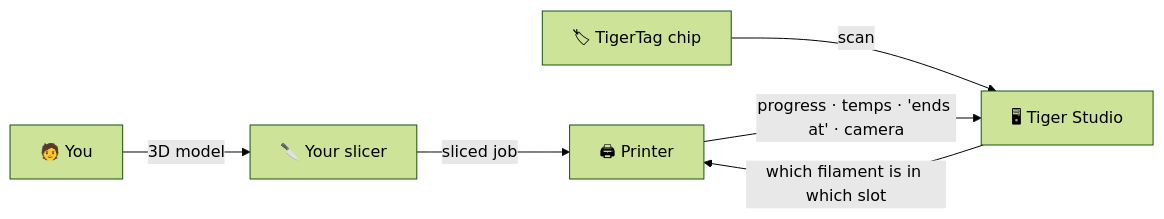
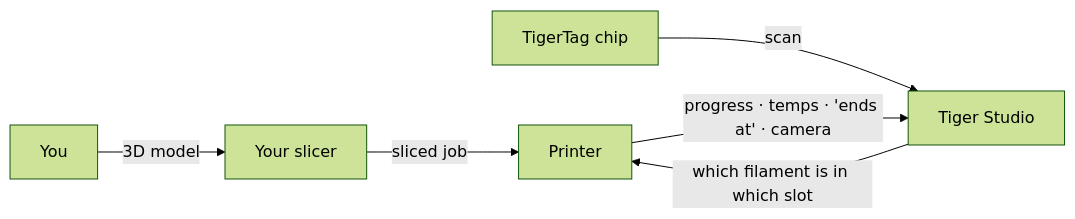
One commit to TigerTag-Project/TigerSystem-Docs changed the second of 2 diagrams in docs/architecture/data-flow.md. Above: the diagram before and after it, drawn with Mermaid (forest theme). The commit also changed other lines of this file and 56 other files, not shown here.

````diff
--- a/docs/architecture/data-flow.md
+++ b/docs/architecture/data-flow.md
@@ -41,8 +41,8 @@
 ```mermaid
 flowchart LR
-    YOU["🧑 You"] -- "3D model" --> SLICER["🔪 Your slicer"]
-    SLICER -- "sliced job" --> PRN["🖨 Printer"]
-    TAG["🏷 TigerTag chip"] -- "scan" --> ST["🖥 Tiger Studio"]
-    ST -- "which filament is in which slot" --> PRN
-    PRN -- "progress · temps · 'ends at' · camera" --> ST
+  YOU["You"] -- "3D model" --> SLICER["Your slicer"]
+  SLICER -- "sliced job" --> PRN["Printer"]
+  TAG["TigerTag chip"] -- "scan" --> ST["Tiger Studio"]
+  ST -- "which filament is in which slot" --> PRN
+  PRN -- "progress · temps · 'ends at' · camera" --> ST
 ```
````
